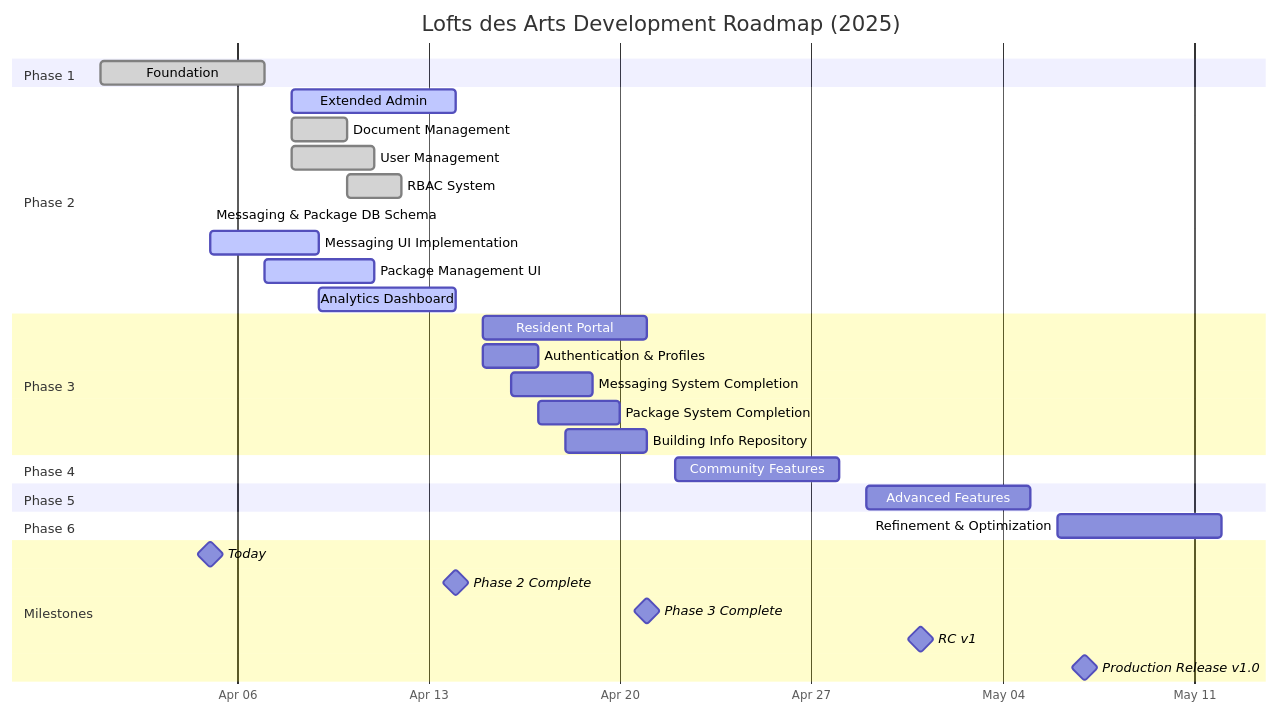
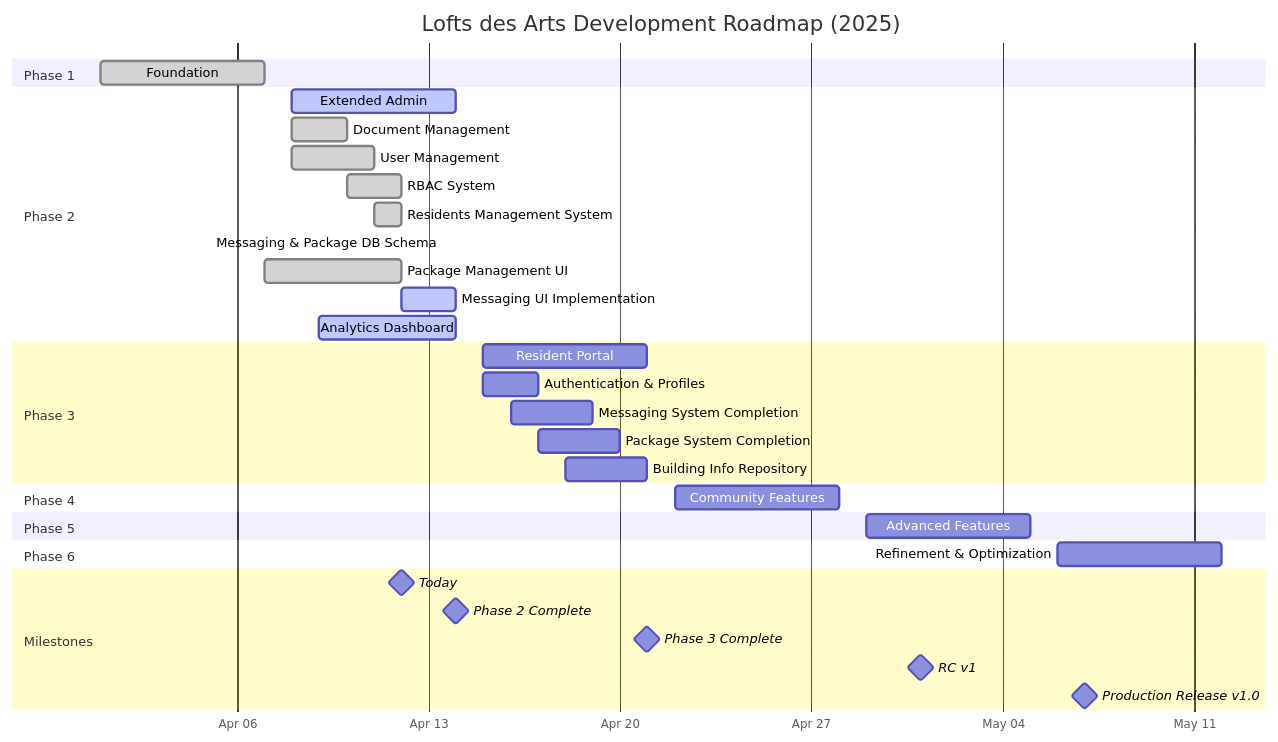
Before and after one commit to mrj0nesmtl/loftsdesarts: the diagram in docs/project-management/ROADMAP.md, drawn with Mermaid. The commit also changed other lines of this file and 90 other files, not shown here.

````diff
--- a/docs/project-management/ROADMAP.md
+++ b/docs/project-management/ROADMAP.md
@@ -9,43 +9,44 @@
 ```mermaid
 gantt
     title Lofts des Arts Development Roadmap (2025)
     dateFormat YYYY-MM-DD
     axisFormat %b %d
     todayMarker on
     
     section Phase 1
     Foundation                       :done,    p1, 2025-04-01, 2025-04-07
     
     section Phase 2
     Extended Admin                   :active,  p2, 2025-04-08, 2025-04-14
     Document Management              :done,    dm, 2025-04-08, 2025-04-10
     User Management                  :done,    um, 2025-04-08, 2025-04-11
     RBAC System                      :done,    rbac, 2025-04-10, 2025-04-12
+    Residents Management System      :done,    rms, 2025-04-11, 2025-04-12
     Messaging & Package DB Schema    :done,    mpdb, 2025-04-12, 2025-04-05
-    Messaging UI Implementation      :active,  mui, 2025-04-05, 2025-04-09
-    Package Management UI            :active,  pmui, 2025-04-07, 2025-04-11
+    Package Management UI            :done,    pmui, 2025-04-07, 2025-04-12
+    Messaging UI Implementation      :active,  mui, 2025-04-12, 2025-04-14
     Analytics Dashboard              :active,  ad, 2025-04-09, 2025-04-14
     
     section Phase 3
     Resident Portal                  :         p3, 2025-04-15, 2025-04-21
     Authentication & Profiles        :         auth, 2025-04-15, 2025-04-17
     Messaging System Completion      :         msgcomp, 2025-04-16, 2025-04-19
     Package System Completion        :         pkgcomp, 2025-04-17, 2025-04-20
     Building Info Repository         :         repo, 2025-04-18, 2025-04-21
     
     section Phase 4
     Community Features               :         p4, 2025-04-22, 2025-04-28
     
     section Phase 5
     Advanced Features                :         p5, 2025-04-29, 2025-05-05
     
     section Phase 6
     Refinement & Optimization        :         p6, 2025-05-06, 2025-05-12
     
     section Milestones
-    Today                            :milestone, today, 2025-04-05, 0d
+    Today                            :milestone, today, 2025-04-12, 0d
     Phase 2 Complete                 :milestone, m1, 2025-04-14, 0d
     Phase 3 Complete                 :milestone, m2, 2025-04-21, 0d
     RC v1                            :milestone, m3, 2025-05-01, 0d
     Production Release v1.0          :milestone, m4, 2025-05-07, 0d
 ```
````
